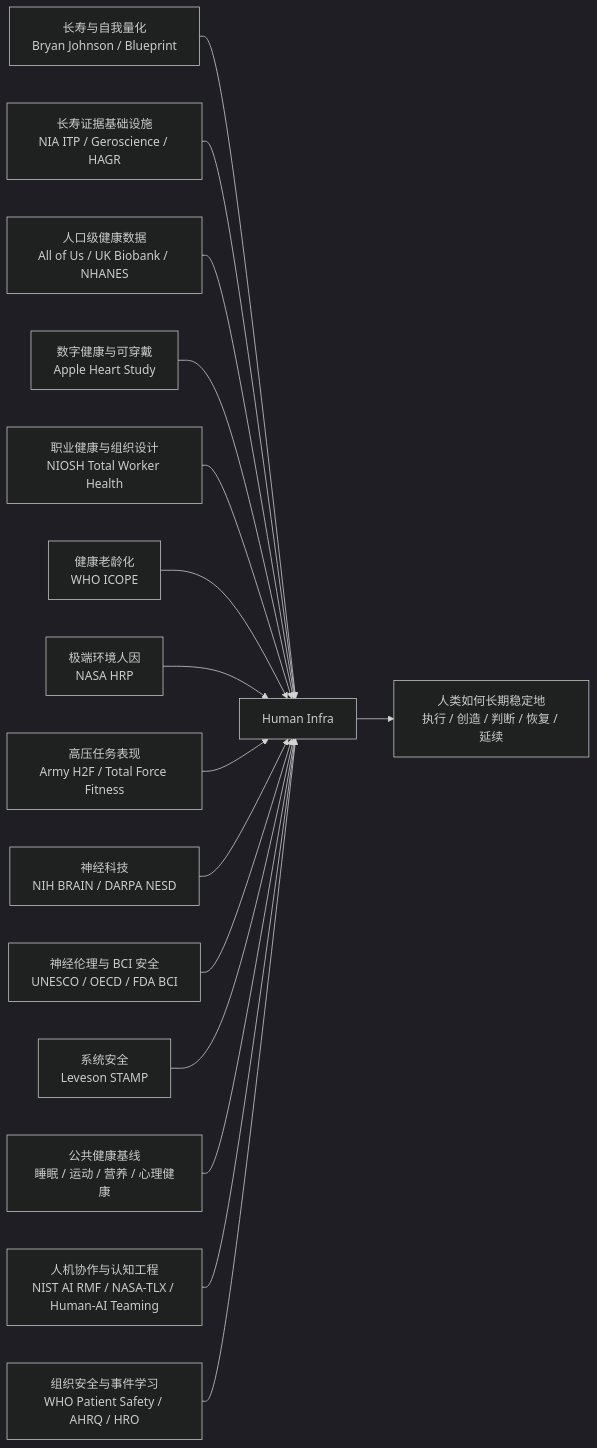
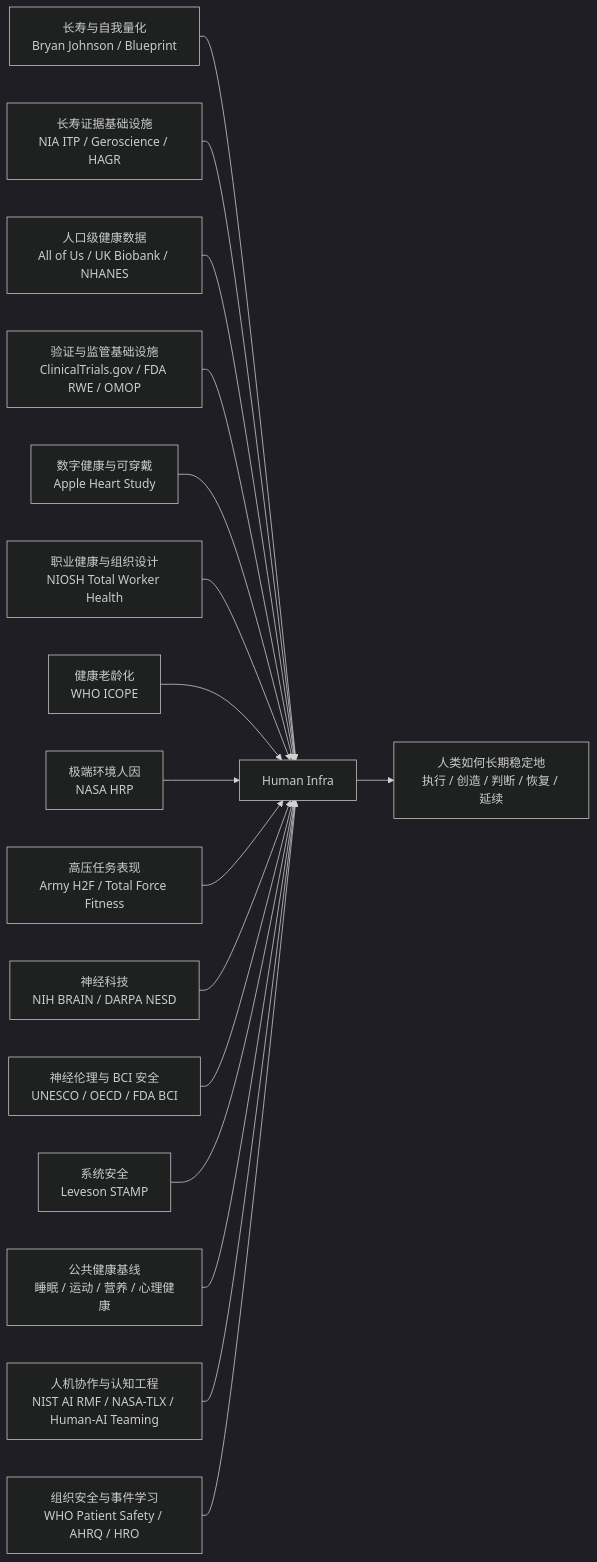
One commit to 123olp/ys changed the first of 4 diagrams in README.md. Above: the diagram before and after it, drawn with Mermaid (dark theme). The commit also changed other lines of this file and 2 other files, not shown here.

````diff
--- a/README.md
+++ b/README.md
@@ -22,19 +22,20 @@
 ```mermaid
 flowchart LR
     A[长寿与自我量化<br/>Bryan Johnson / Blueprint] --> H[Human Infra]
     L[长寿证据基础设施<br/>NIA ITP / Geroscience / HAGR] --> H
     P[人口级健康数据<br/>All of Us / UK Biobank / NHANES] --> H
+    R[验证与监管基础设施<br/>ClinicalTrials.gov / FDA RWE / OMOP] --> H
     B[数字健康与可穿戴<br/>Apple Heart Study] --> H
     C[职业健康与组织设计<br/>NIOSH Total Worker Health] --> H
     D[健康老龄化<br/>WHO ICOPE] --> H
     E[极端环境人因<br/>NASA HRP] --> H
     F[高压任务表现<br/>Army H2F / Total Force Fitness] --> H
     G[神经科技<br/>NIH BRAIN / DARPA NESD] --> H
     N[神经伦理与 BCI 安全<br/>UNESCO / OECD / FDA BCI] --> H
     I[系统安全<br/>Leveson STAMP] --> H
     K[公共健康基线<br/>睡眠 / 运动 / 营养 / 心理健康] --> H
     M[人机协作与认知工程<br/>NIST AI RMF / NASA-TLX / Human-AI Teaming] --> H
     O[组织安全与事件学习<br/>WHO Patient Safety / AHRQ / HRO] --> H
 
     H --> J[人类如何长期稳定地<br/>执行 / 创造 / 判断 / 恢复 / 延续]
 ```
````
